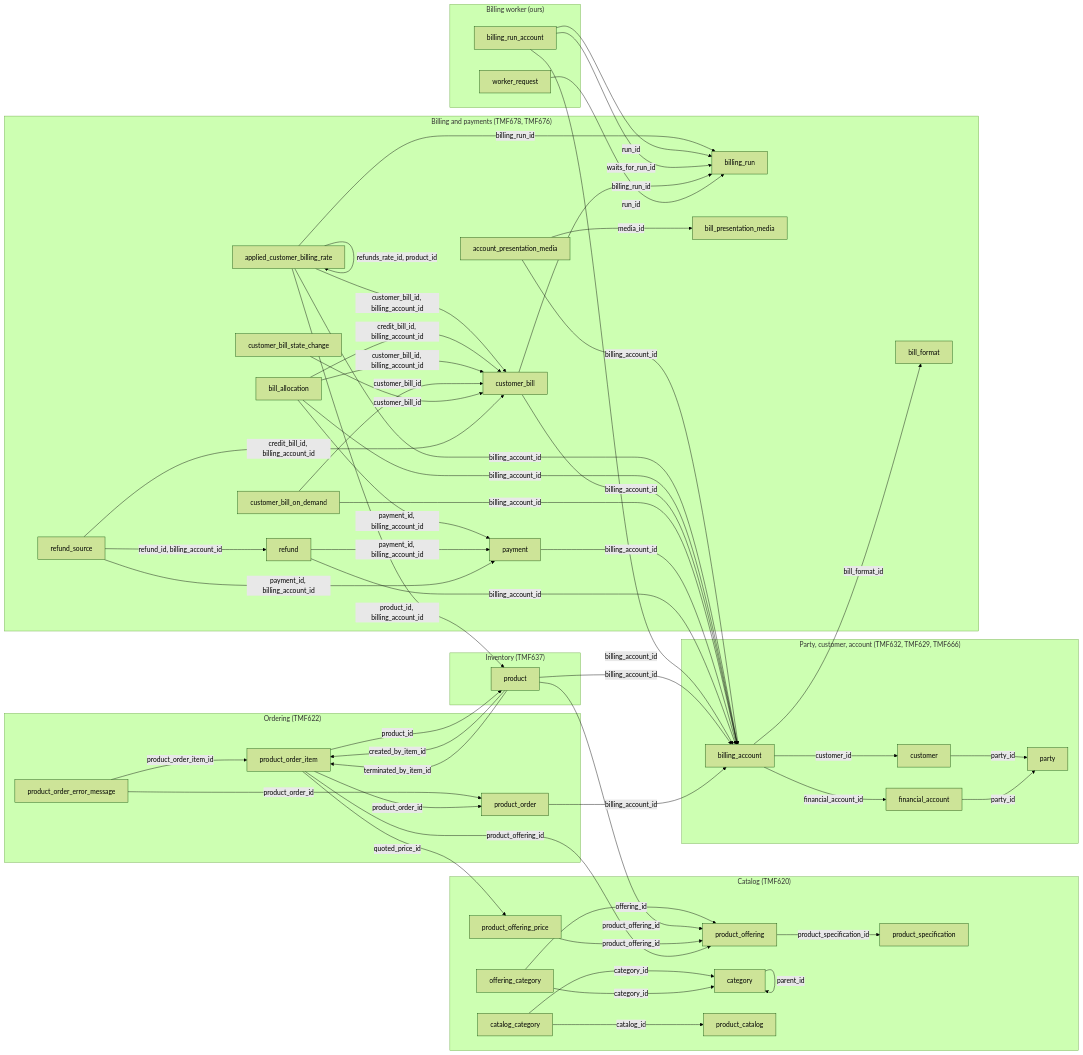
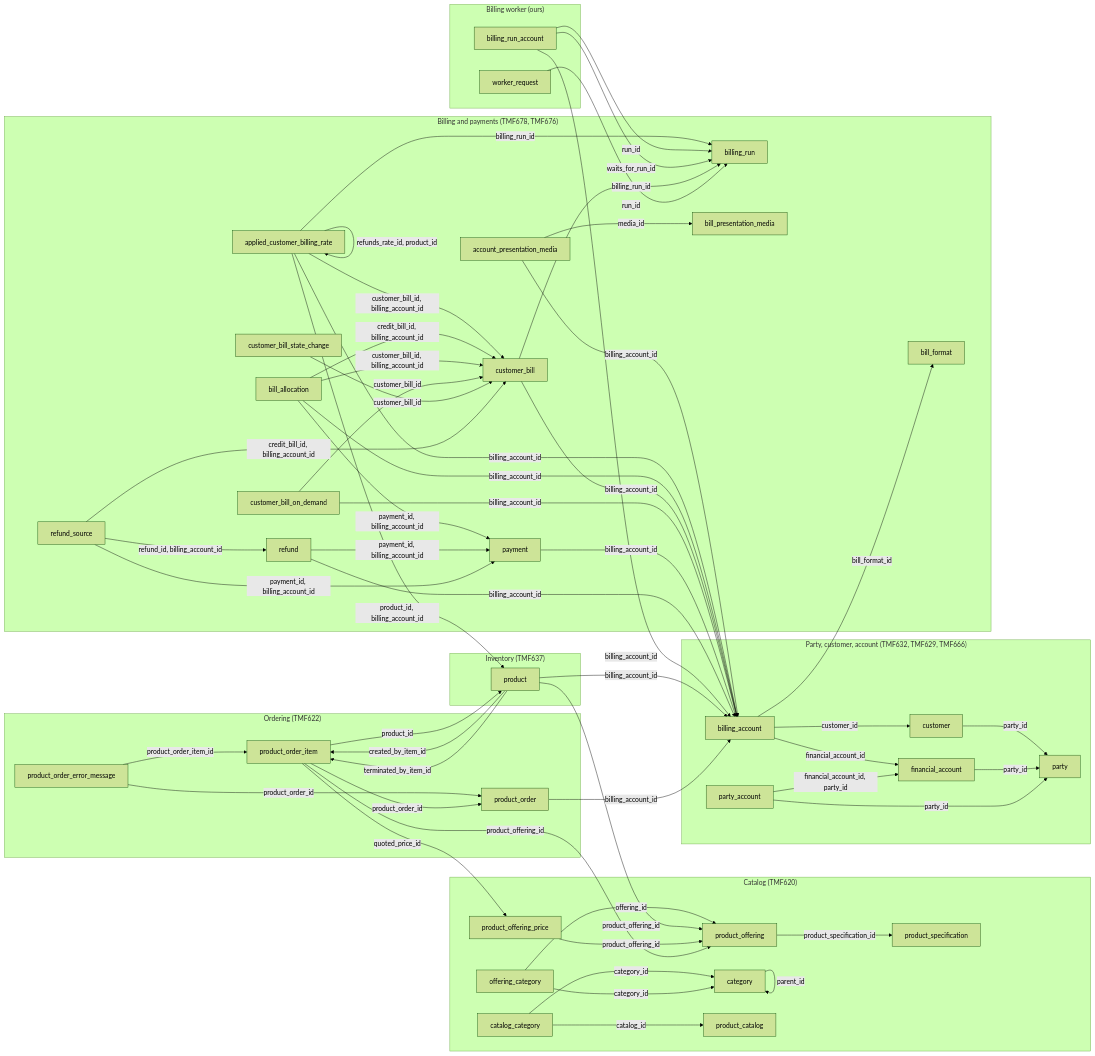
One commit to altharmz/bss changed the first of 7 diagrams in docs/db/README.md. Above: the diagram before and after it, drawn with Mermaid (forest theme). The commit also changed other lines of this file and 23 other files, not shown here.

```diff
--- a/docs/db/README.md
+++ b/docs/db/README.md
@@ -47,6 +48,7 @@
     customer[customer]
     billing_account[billing_account]
     financial_account[financial_account]
+    party_account[party_account]
   end
   subgraph area_catalog["Catalog (TMF620)"]
     product_specification[product_specification]
@@ -112,6 +114,8 @@
   financial_account -->|"party_id"| party
   offering_category -->|"category_id"| category
   offering_category -->|"offering_id"| product_offering
+  party_account -->|"financial_account_id, party_id"| financial_account
+  party_account -->|"party_id"| party
   payment -->|"billing_account_id"| billing_account
   product -->|"billing_account_id"| billing_account
   product -->|"created_by_item_id"| product_order_item
```
